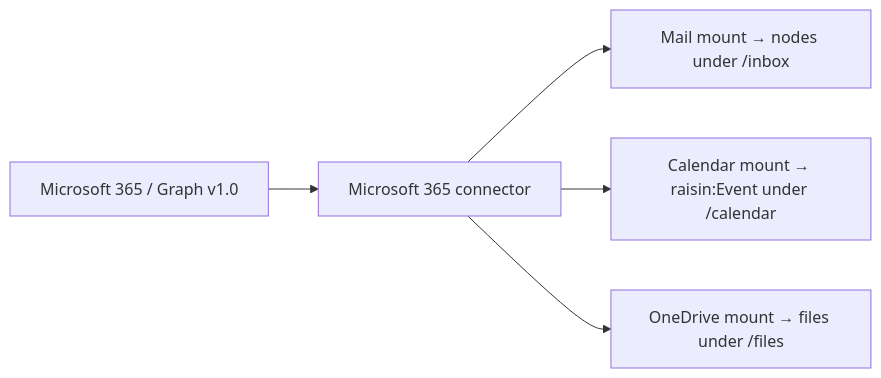
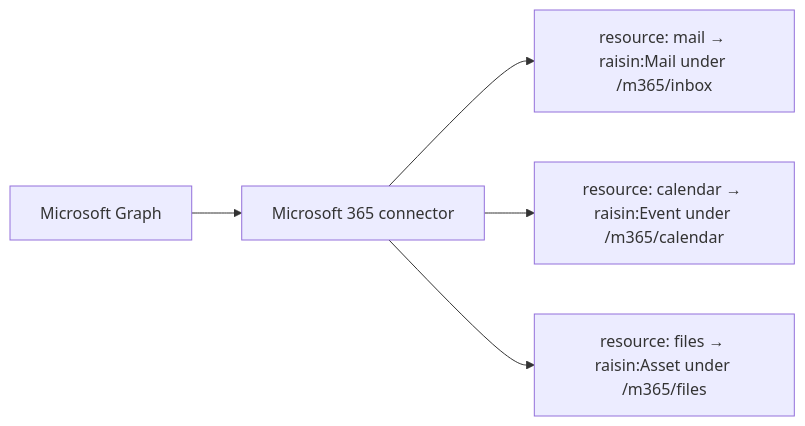
One commit to maravilla-labs/raisindb-website changed the diagram in docs/guides/integrations/connect-microsoft-365.md. Above: the diagram before and after it, drawn with Mermaid. The commit also changed other lines of this file and 174 other files, not shown here.

````diff
--- a/docs/guides/integrations/connect-microsoft-365.md
+++ b/docs/guides/integrations/connect-microsoft-365.md
@@ -29,7 +18,7 @@
 ```mermaid
 flowchart LR
-    MS[Microsoft 365 / Graph v1.0] --> C[Microsoft 365 connector]
-    C --> M1["Mail mount → nodes under /inbox"]
-    C --> M2["Calendar mount → raisin:Event under /calendar"]
-    C --> M3["OneDrive mount → files under /files"]
+    MS[Microsoft Graph] --> C[Microsoft 365 connector]
+    C --> M1["resource: mail → raisin:Mail under /m365/inbox"]
+    C --> M2["resource: calendar → raisin:Event under /m365/calendar"]
+    C --> M3["resource: files → raisin:Asset under /m365/files"]
 ```
````
